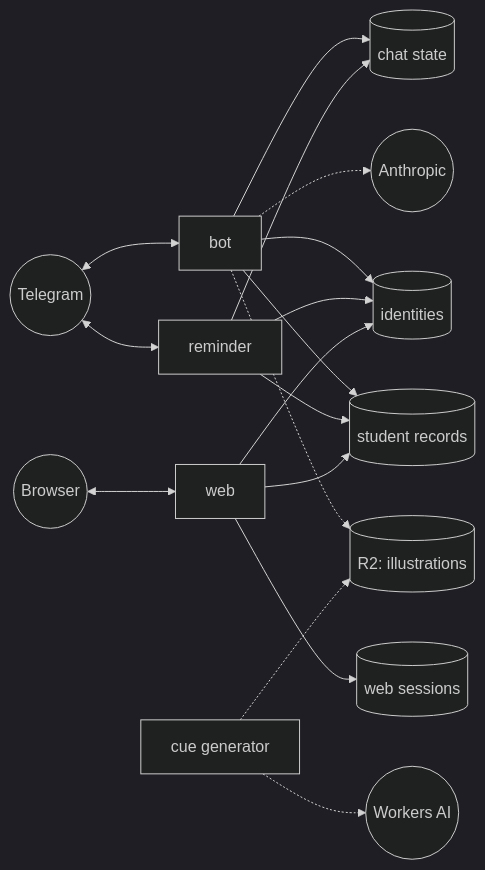
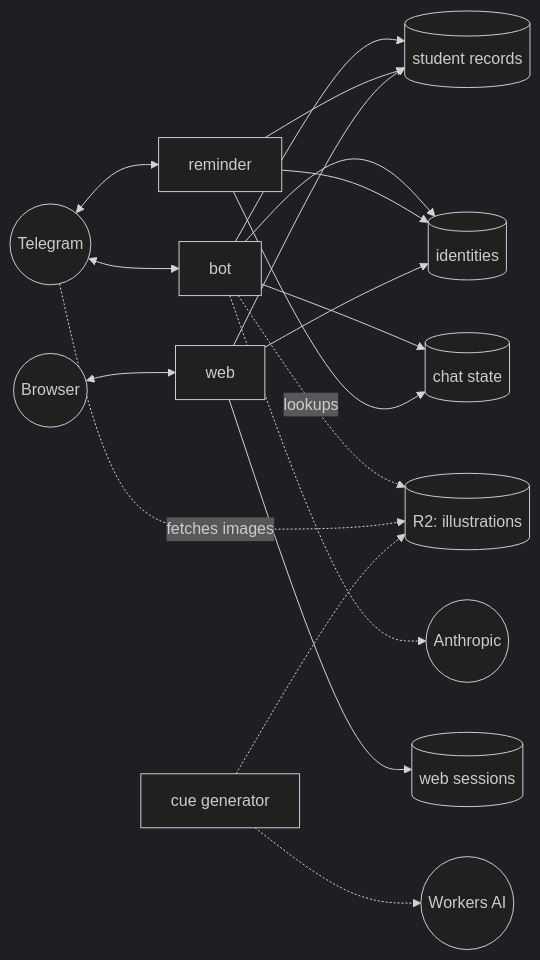
One commit to pauk-slon/immer-wiederholen changed the second of 2 diagrams in docs/architecture.md. Above: the diagram before and after it, drawn with Mermaid (dark theme). The commit also changed other lines of this file and 1 other file, not shown here.

First line of the commit message:
Address editorial review of architecture and contributing docs

````diff
--- a/docs/architecture.md
+++ b/docs/architecture.md
@@ -62,19 +65,20 @@
 ```mermaid
 flowchart LR
     tg((Telegram)) <--> bot
     tg <--> reminder
     browser((Browser)) <--> web
     bot --> records[(student records)]
     bot --> identities[(identities)]
     bot --> fsm[(chat state)]
     reminder --> records
     reminder --> identities
     reminder --> fsm
     web --> records
     web --> identities
     web --> sessions[(web sessions)]
-    bot -.-> r2[(R2: illustrations)]
+    bot -. lookups .-> r2[(R2: illustrations)]
+    tg -. fetches images .-> r2
     generator[cue generator] -.-> r2
     generator -.-> ai((Workers AI))
     bot -.-> claude((Anthropic))
 ```
````
